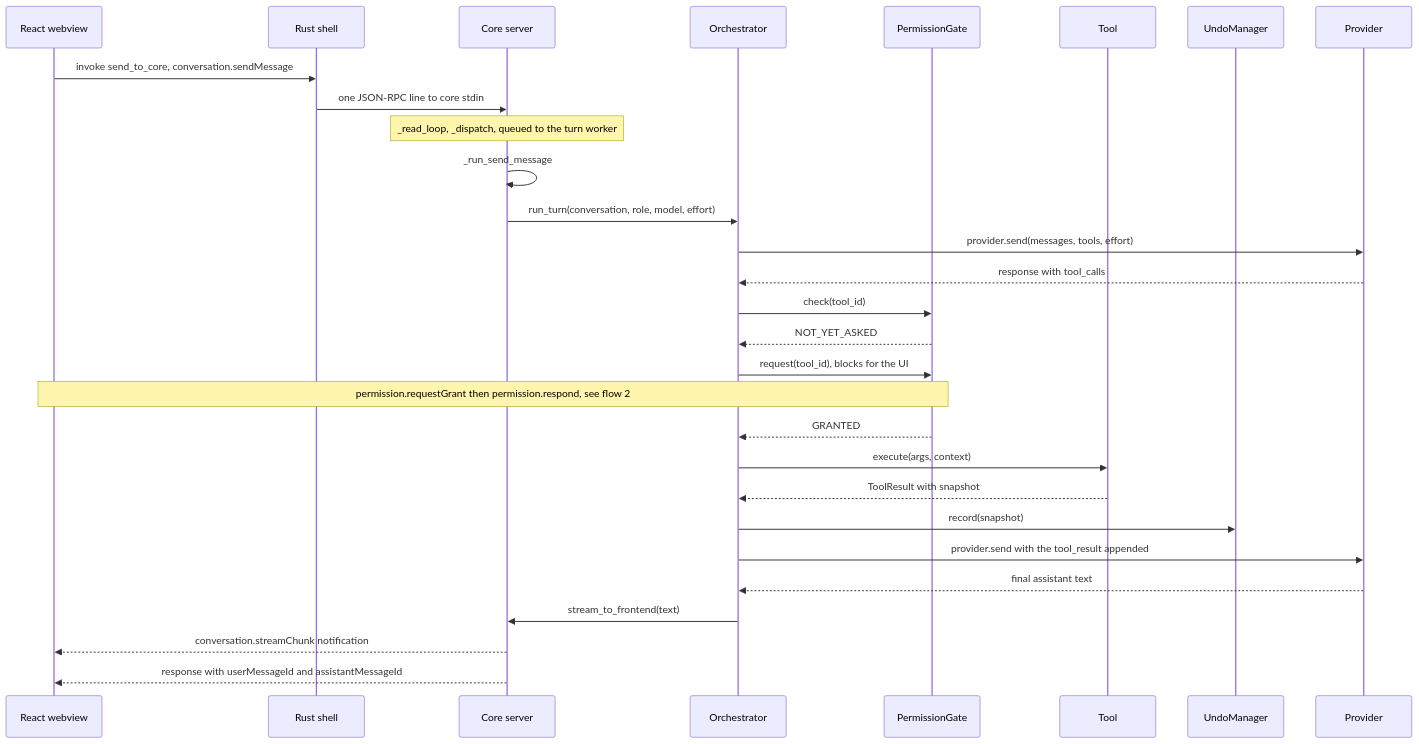
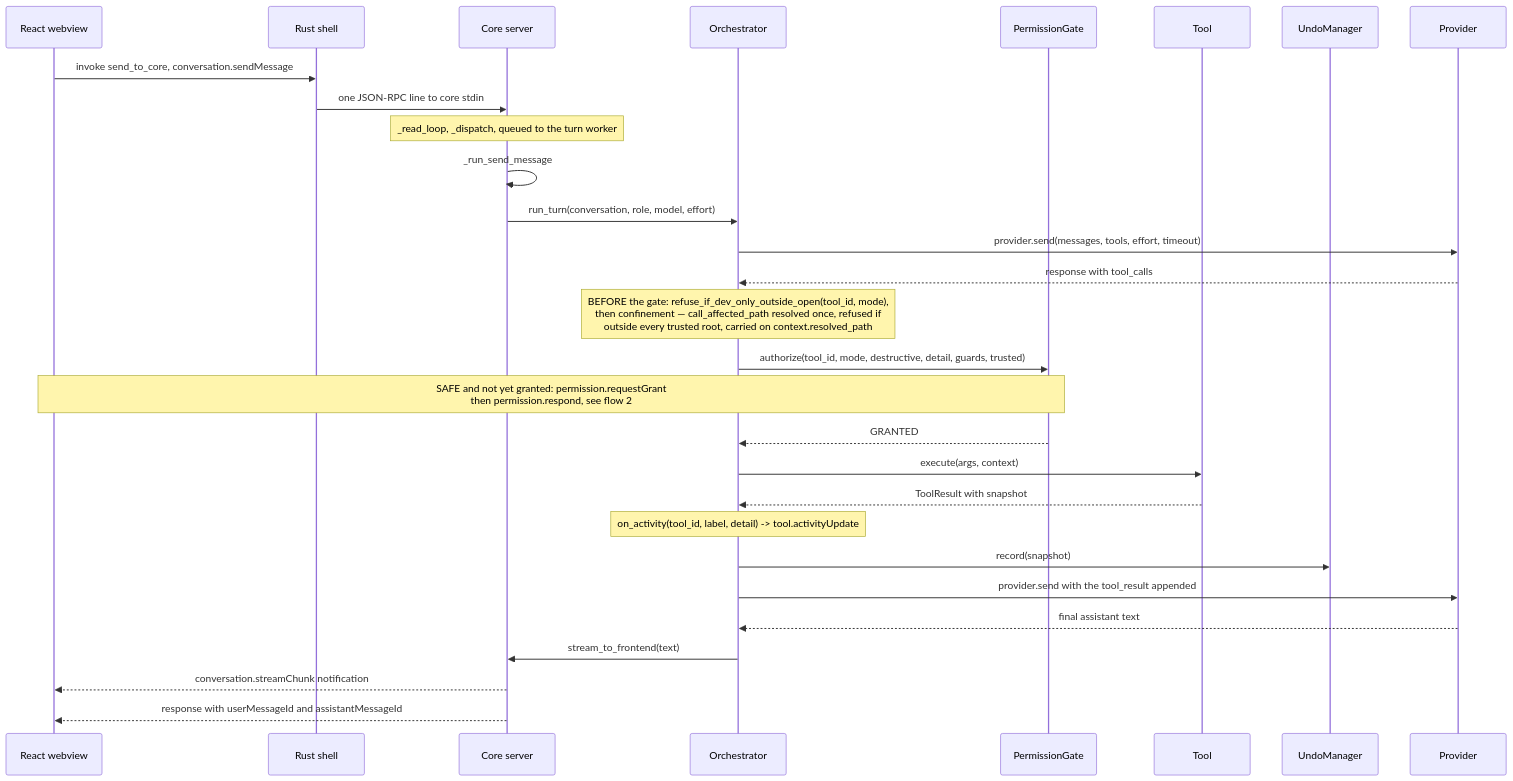
One commit to N041M/Addison changed the first of 15 diagrams in docs/flows.md. Above: the diagram before and after it, drawn with Mermaid. The commit also changed other lines of this file and 17 other files, not shown here.

````diff
--- a/docs/flows.md
+++ b/docs/flows.md
@@ -32,32 +35,32 @@
 ```mermaid
 sequenceDiagram
     participant WV as React webview
     participant SH as Rust shell
     participant SRV as Core server
     participant ORC as Orchestrator
     participant PG as PermissionGate
     participant TL as Tool
     participant UM as UndoManager
     participant PR as Provider
 
     WV->>SH: invoke send_to_core, conversation.sendMessage
     SH->>SRV: one JSON-RPC line to core stdin
     Note over SRV: _read_loop, _dispatch, queued to the turn worker
     SRV->>SRV: _run_send_message
     SRV->>ORC: run_turn(conversation, role, model, effort)
-    ORC->>PR: provider.send(messages, tools, effort)
+    ORC->>PR: provider.send(messages, tools, effort, timeout)
     PR-->>ORC: response with tool_calls
-    ORC->>PG: check(tool_id)
-    PG-->>ORC: NOT_YET_ASKED
-    ORC->>PG: request(tool_id), blocks for the UI
-    Note over PG,WV: permission.requestGrant then permission.respond, see flow 2
+    Note over ORC: BEFORE the gate: refuse_if_dev_only_outside_open(tool_id, mode),<br/>then confinement — call_affected_path resolved once, refused if<br/>outside every trusted root, carried on context.resolved_path
+    ORC->>PG: authorize(tool_id, mode, destructive, detail, guards, trusted)
+    Note over PG,WV: SAFE and not yet granted: permission.requestGrant<br/>then permission.respond, see flow 2
     PG-->>ORC: GRANTED
     ORC->>TL: execute(args, context)
     TL-->>ORC: ToolResult with snapshot
+    Note over ORC: on_activity(tool_id, label, detail) -> tool.activityUpdate
     ORC->>UM: record(snapshot)
     ORC->>PR: provider.send with the tool_result appended
     PR-->>ORC: final assistant text
     ORC->>SRV: stream_to_frontend(text)
     SRV-->>WV: conversation.streamChunk notification
     SRV-->>WV: response with userMessageId and assistantMessageId
 ```
````
